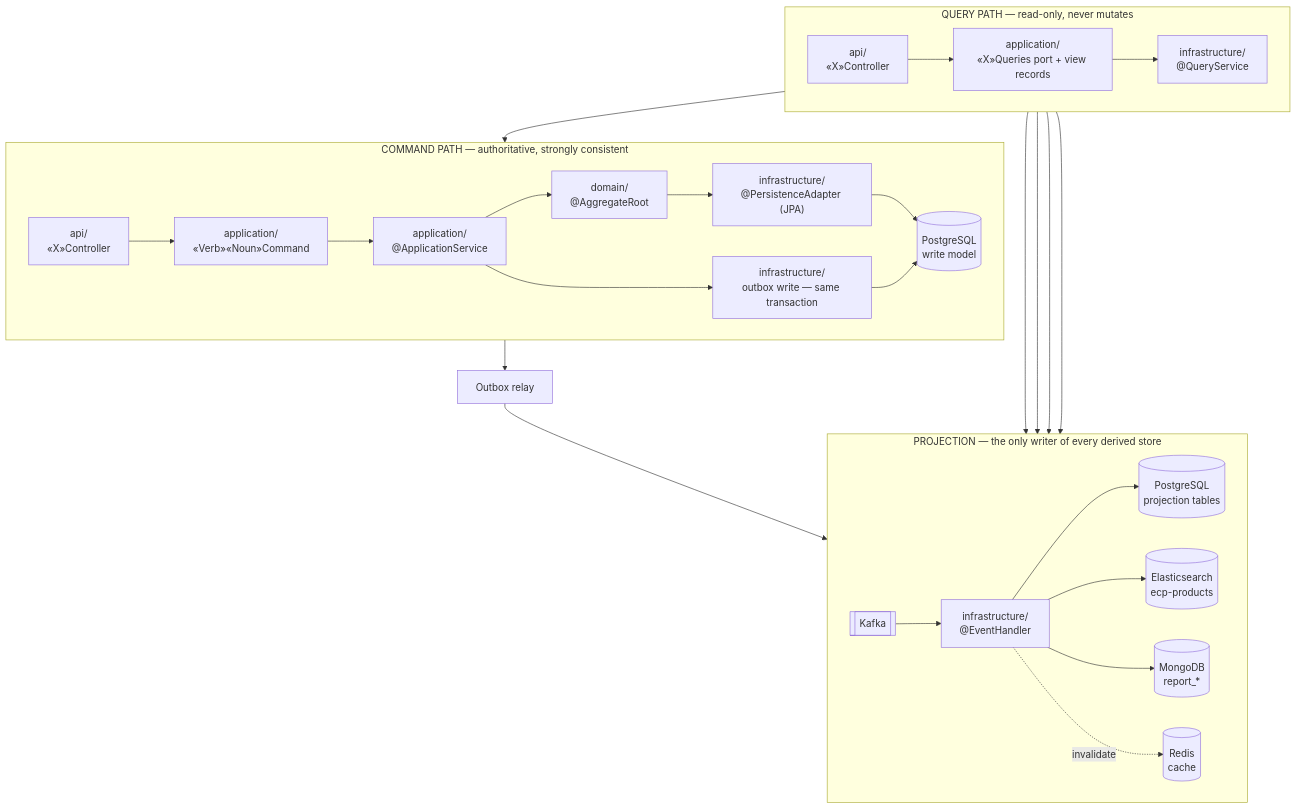
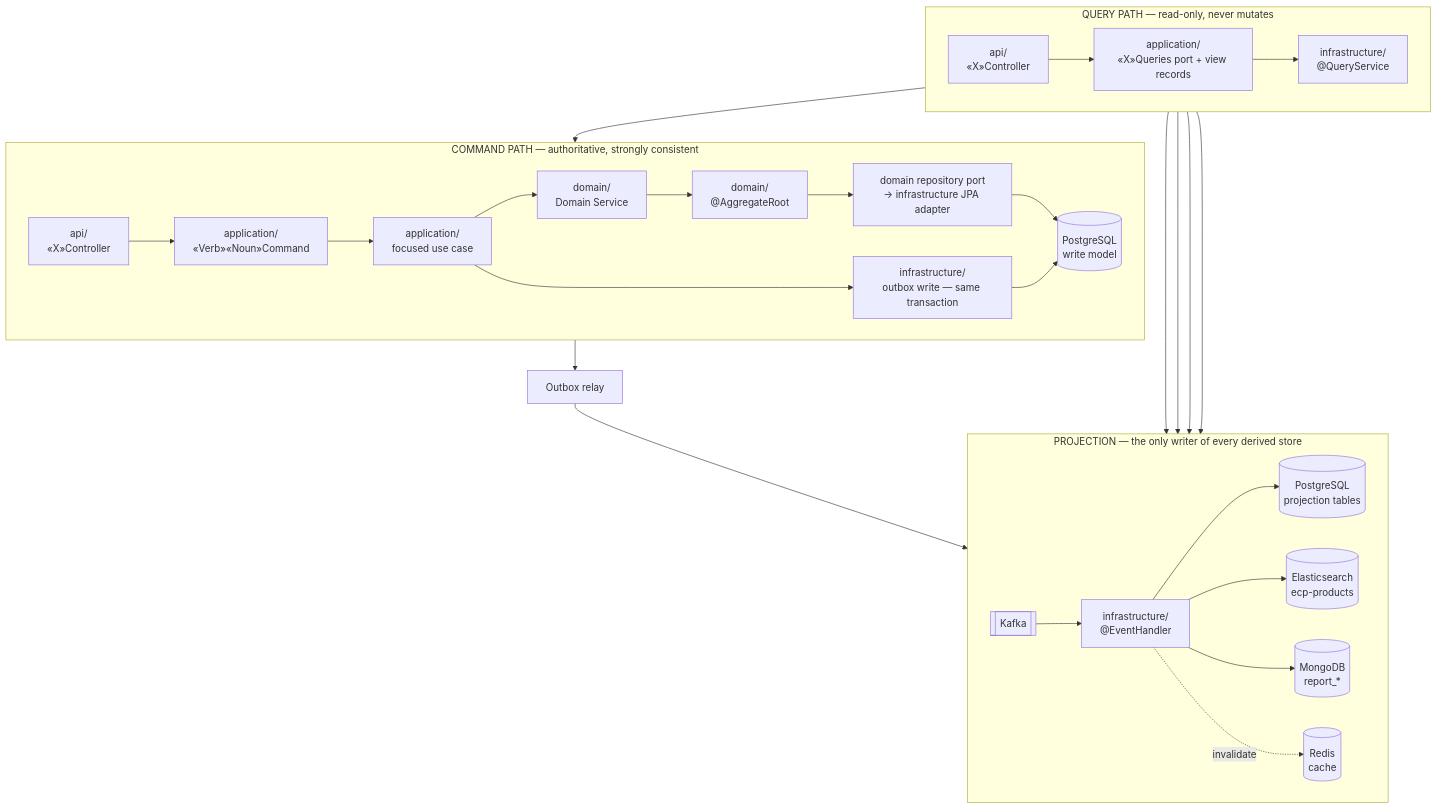
The first of 2 diagrams in SolutionArchitecture/02-backend/CQRS.md (phuchoang-ecommerce-org/docs), drawn with Mermaid before and after one commit. The commit also changed other lines of this file and 2 other files, not shown here.

````diff
--- a/SolutionArchitecture/02-backend/CQRS.md
+++ b/SolutionArchitecture/02-backend/CQRS.md
@@ -39,36 +39,37 @@
 ```mermaid
 flowchart TB
     subgraph Command["COMMAND PATH — authoritative, strongly consistent"]
         direction LR
         Ctl["api/<br/>«X»Controller"] --> Cmd["application/<br/>«Verb»«Noun»Command"]
-        Cmd --> AppSvc["application/<br/>@ApplicationService"]
-        AppSvc --> Agg["domain/<br/>@AggregateRoot"]
-        Agg --> Repo["infrastructure/<br/>@PersistenceAdapter (JPA)"]
+        Cmd --> AppSvc["application/<br/>focused use case"]
+        AppSvc --> DomainSvc["domain/<br/>Domain Service"]
+        DomainSvc --> Agg["domain/<br/>@AggregateRoot"]
+        Agg --> Repo["domain repository port<br/>→ infrastructure JPA adapter"]
         Repo --> PG[("PostgreSQL<br/>write model")]
         AppSvc --> Ob["infrastructure/<br/>outbox write — same transaction"]
         Ob --> PG
     end
 
     PG --> Relay["Outbox relay"]
     Relay --> Kafka[["Kafka"]]
 
     subgraph Projection["PROJECTION — the only writer of every derived store"]
         direction LR
         Kafka --> EH["infrastructure/<br/>@EventHandler"]
         EH --> PGP[("PostgreSQL<br/>projection tables")]
         EH --> ES[("Elasticsearch<br/>ecp-products")]
         EH --> Mongo[("MongoDB<br/>report_*")]
         EH -.invalidate.-> Redis[("Redis<br/>cache")]
     end
 
     subgraph Query["QUERY PATH — read-only, never mutates"]
         direction LR
         QCtl["api/<br/>«X»Controller"] --> Port["application/<br/>«X»Queries port + view records"]
         Port --> QS["infrastructure/<br/>@QueryService"]
         QS --> PG
         QS --> PGP
         QS --> ES
         QS --> Mongo
         QS --> Redis
     end
 ```
````
